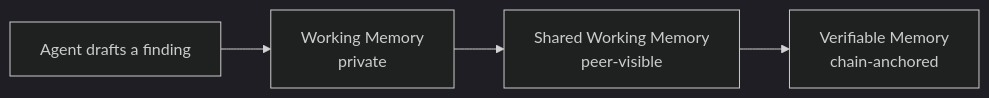
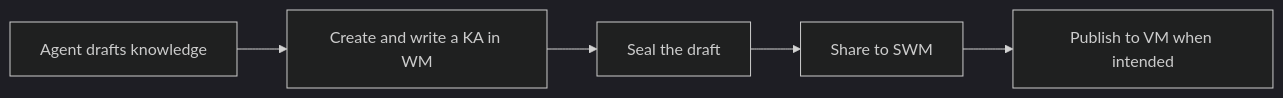
One commit to OriginTrail/dkg changed the diagram in docs/README.md. Above: the diagram before and after it, drawn with Mermaid (dark theme). The commit also changed other lines of this file and 5 other files, not shown here.

````diff
--- a/docs/README.md
+++ b/docs/README.md
@@ -58,6 +40,7 @@
 ```mermaid
 flowchart LR
-  A["Agent drafts a finding"] --> WM["Working Memory<br/>private"]
-  WM --> SWM["Shared Working Memory<br/>peer-visible"]
-  SWM --> VM["Verifiable Memory<br/>chain-anchored"]
+  A[Agent drafts knowledge] --> WM[Create and write a KA in WM]
+  WM --> S[Seal the draft]
+  S --> SWM[Share to SWM]
+  SWM --> VM[Publish to VM when intended]
 ```
````
